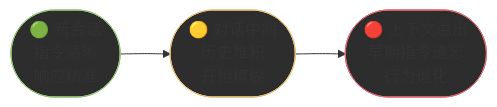
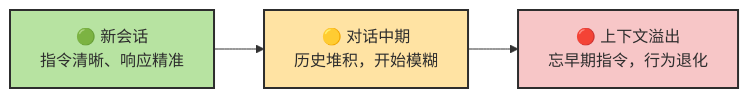
One commit to zht043/AgenticCodingTutorial changed the fifth of 6 diagrams in docs/chapters/ch08-config-session.md. Above: the diagram before and after it, drawn with Mermaid. The commit also changed other lines of this file and 69 other files, not shown here.

Commit message:
optimize docs and add mermaid validation

````diff
--- a/docs/chapters/ch08-config-session.md
+++ b/docs/chapters/ch08-config-session.md
@@ -403,12 +403,12 @@
 ```mermaid
 flowchart LR
-    Fresh(["🟢 新会话<br/>指令清晰<br/>响应精准"])
-    Mid(["🟡 对话中期<br/>历史堆积<br/>开始模糊"])
-    Full(["🔴 上下文溢出<br/>早期指令遗忘<br/>行为退化"])
+    classDef fresh fill:#b7e3a1,stroke:#2d2d2d,stroke-width:2px,color:#2d2d2d
+    classDef mid fill:#ffe3a3,stroke:#2d2d2d,stroke-width:2px,color:#2d2d2d
+    classDef full fill:#f7c6c7,stroke:#2d2d2d,stroke-width:2px,color:#2d2d2d
+
+    Fresh["🟢 新会话<br/>指令清晰、响应精准"]:::fresh
+    Mid["🟡 对话中期<br/>历史堆积，开始模糊"]:::mid
+    Full["🔴 上下文溢出<br/>忘早期指令，行为退化"]:::full
 
     Fresh --> Mid --> Full
-
-    style Fresh fill:#2d2d2d,stroke:#98c379
-    style Mid fill:#2d2d2d,stroke:#e5c07b
-    style Full fill:#2d2d2d,stroke:#e06c75
 ```
````
